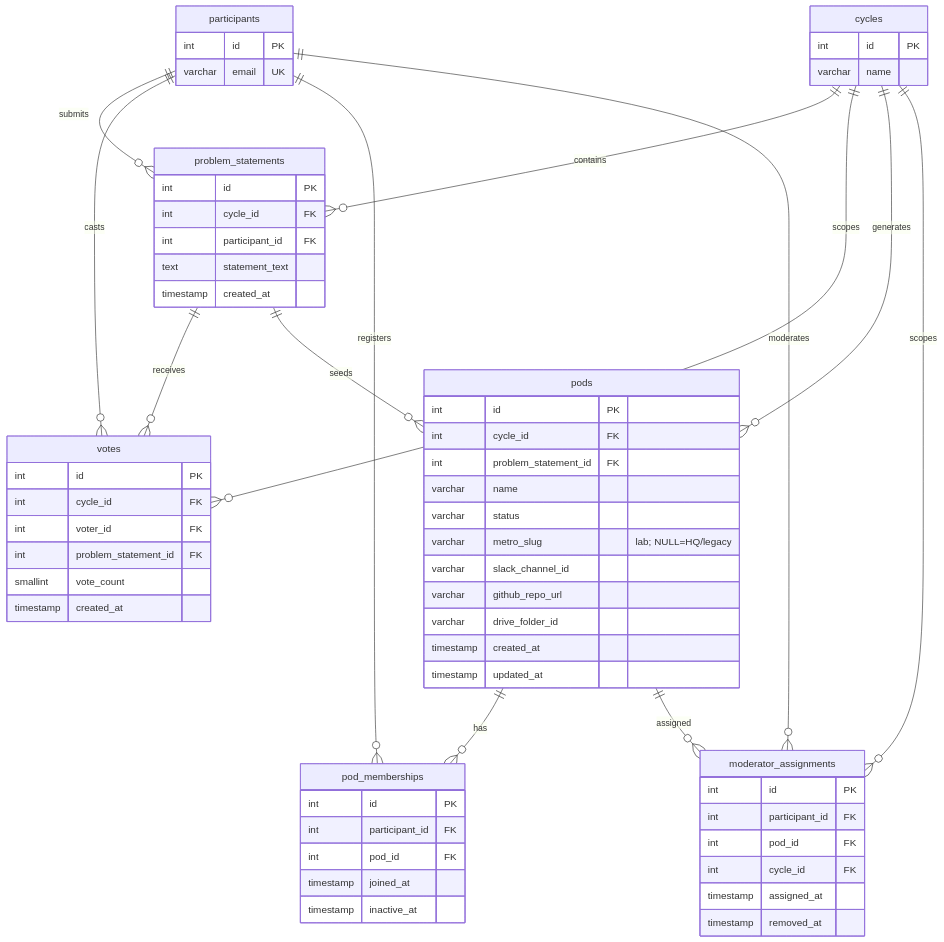
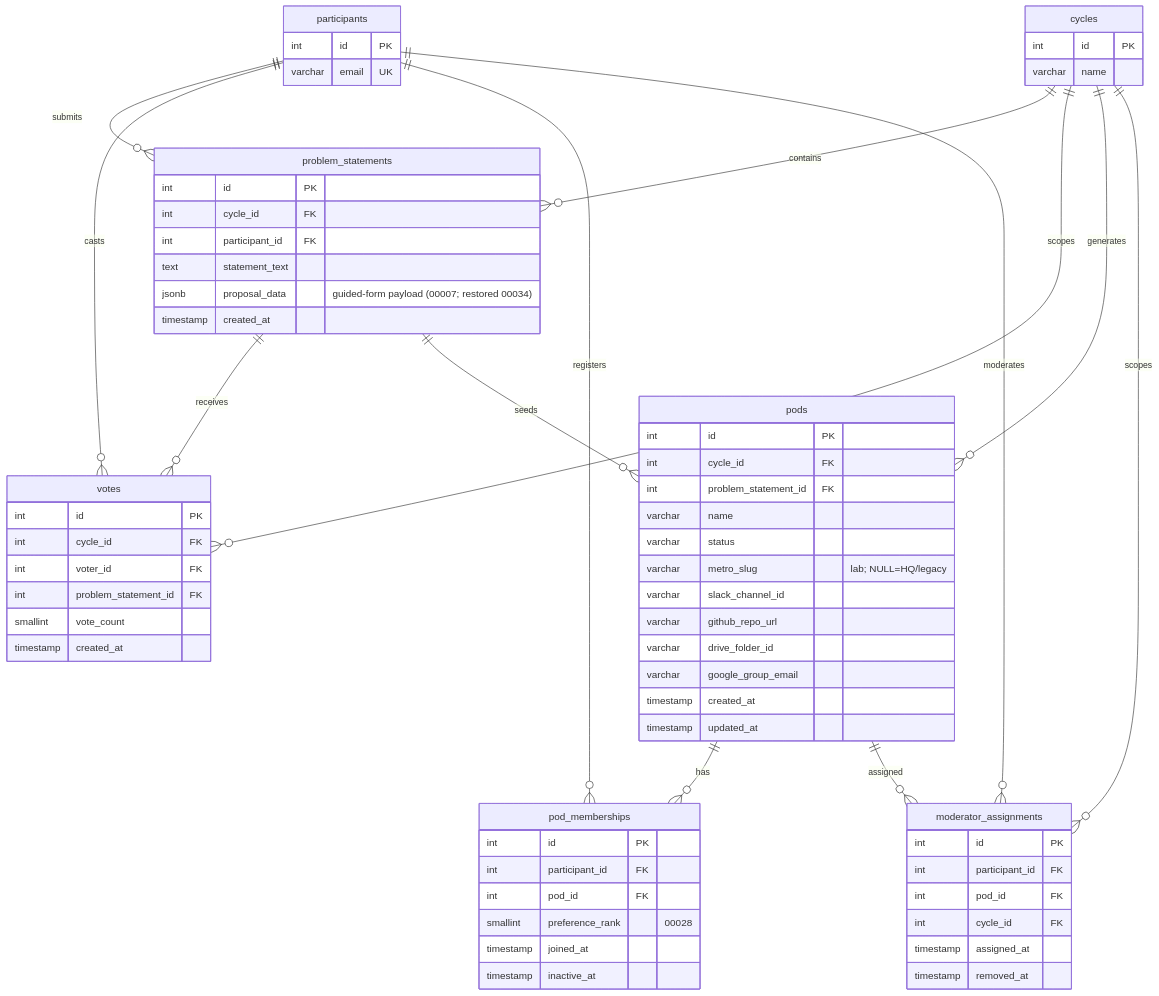
One commit to TheUpskillingLabs/OLOS changed the fourth of 6 diagrams in SCHEMA.md. Above: the diagram before and after it, drawn with Mermaid. The commit also changed other lines of this file and 6 other files, not shown here.

````diff
--- a/SCHEMA.md
+++ b/SCHEMA.md
@@ -300,73 +296,76 @@
 ```mermaid
 erDiagram
     cycles {
         int id PK
         varchar name
     }
 
     participants {
         int id PK
         varchar email UK
     }
 
     problem_statements {
         int id PK
         int cycle_id FK
         int participant_id FK
         text statement_text
+        jsonb proposal_data "guided-form payload (00007; restored 00034)"
         timestamp created_at
     }
 
     votes {
         int id PK
         int cycle_id FK
         int voter_id FK
         int problem_statement_id FK
         smallint vote_count
         timestamp created_at
     }
 
     pods {
         int id PK
         int cycle_id FK
         int problem_statement_id FK
         varchar name
         varchar status
         varchar metro_slug "lab; NULL=HQ/legacy"
         varchar slack_channel_id
         varchar github_repo_url
         varchar drive_folder_id
+        varchar google_group_email
         timestamp created_at
         timestamp updated_at
     }
 
     pod_memberships {
         int id PK
         int participant_id FK
         int pod_id FK
+        smallint preference_rank "00028"
         timestamp joined_at
         timestamp inactive_at
     }
 
     moderator_assignments {
         int id PK
         int participant_id FK
         int pod_id FK
         int cycle_id FK
         timestamp assigned_at
         timestamp removed_at
     }
 
     cycles ||--o{ problem_statements : "contains"
     participants ||--o{ problem_statements : "submits"
     problem_statements ||--o{ votes : "receives"
     participants ||--o{ votes : "casts"
     cycles ||--o{ votes : "scopes"
     problem_statements ||--o{ pods : "seeds"
     cycles ||--o{ pods : "generates"
     pods ||--o{ pod_memberships : "has"
     participants ||--o{ pod_memberships : "registers"
     pods ||--o{ moderator_assignments : "assigned"
     participants ||--o{ moderator_assignments : "moderates"
     cycles ||--o{ moderator_assignments : "scopes"
 ```
````
